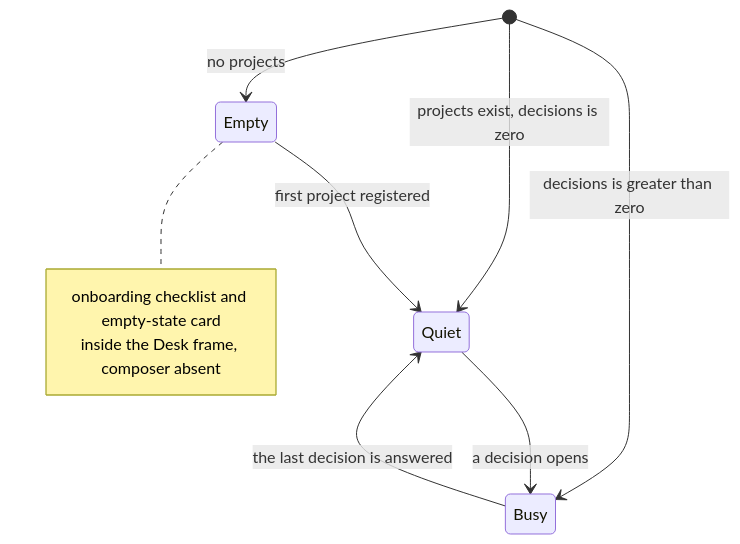
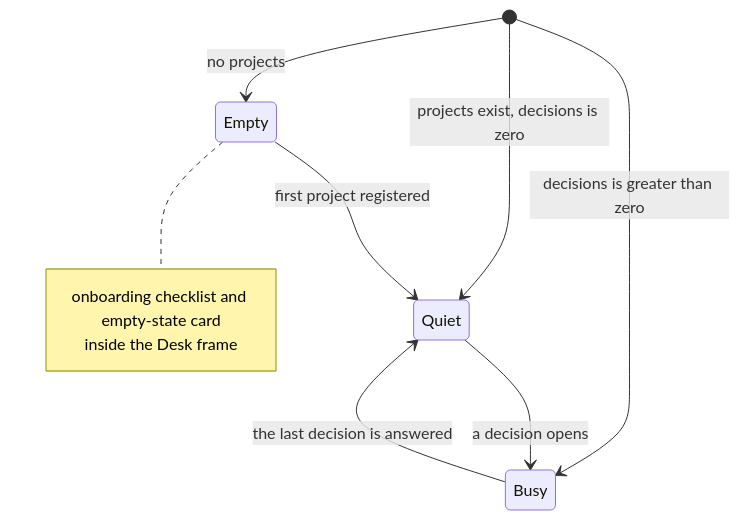
One commit to maister-dev/maister changed the second of 2 diagrams in docs/screens/desk.md. Above: the diagram before and after it, drawn with Mermaid. The commit also changed other lines of this file and 8 other files, not shown here.

````diff
--- a/docs/screens/desk.md
+++ b/docs/screens/desk.md
@@ -108,13 +140,13 @@
 ```mermaid
 stateDiagram-v2
     [*] --> Empty: no projects
     [*] --> Quiet: projects exist, decisions is zero
     [*] --> Busy: decisions is greater than zero
     Quiet --> Busy: a decision opens
     Busy --> Quiet: the last decision is answered
     Empty --> Quiet: first project registered
     note right of Empty
         onboarding checklist and empty-state card
-        inside the Desk frame, composer absent
+        inside the Desk frame
     end note
 ```
````
